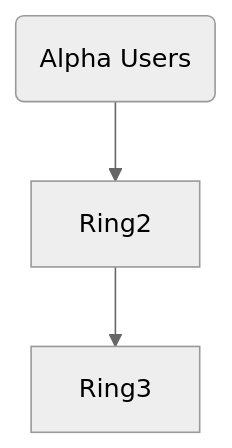
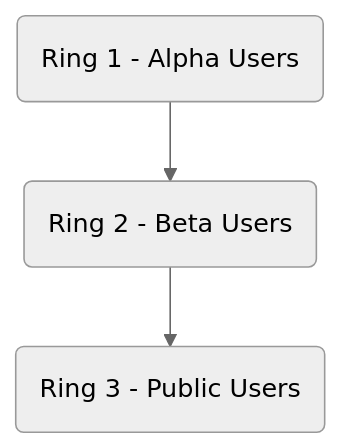
Before and after one commit to Pavel-Durov/blog: the second of 5 diagrams in src/progressive-delivery/README.md, drawn with Mermaid (neutral theme). The commit also changed other lines of this file and 12 other files, not shown here.

````diff
--- a/src/progressive-delivery/README.md
+++ b/src/progressive-delivery/README.md
@@ -62,5 +66,5 @@
 ```mermaid
 flowchart
-    Ring1(Alpha Users) --> Ring2
-    Ring2 --> Ring3
+    Ring1(Ring 1 - Alpha Users) --> Ring2(Ring 2 - Beta Users)
+    Ring2 --> Ring3(Ring 3 - Public Users)
 ```
````
